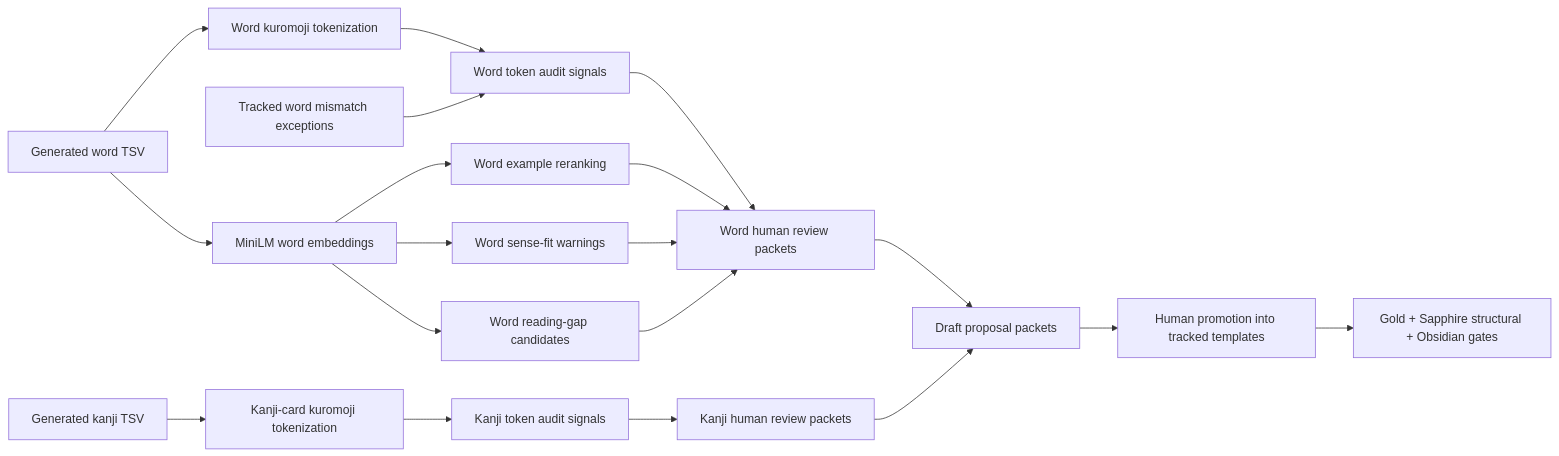
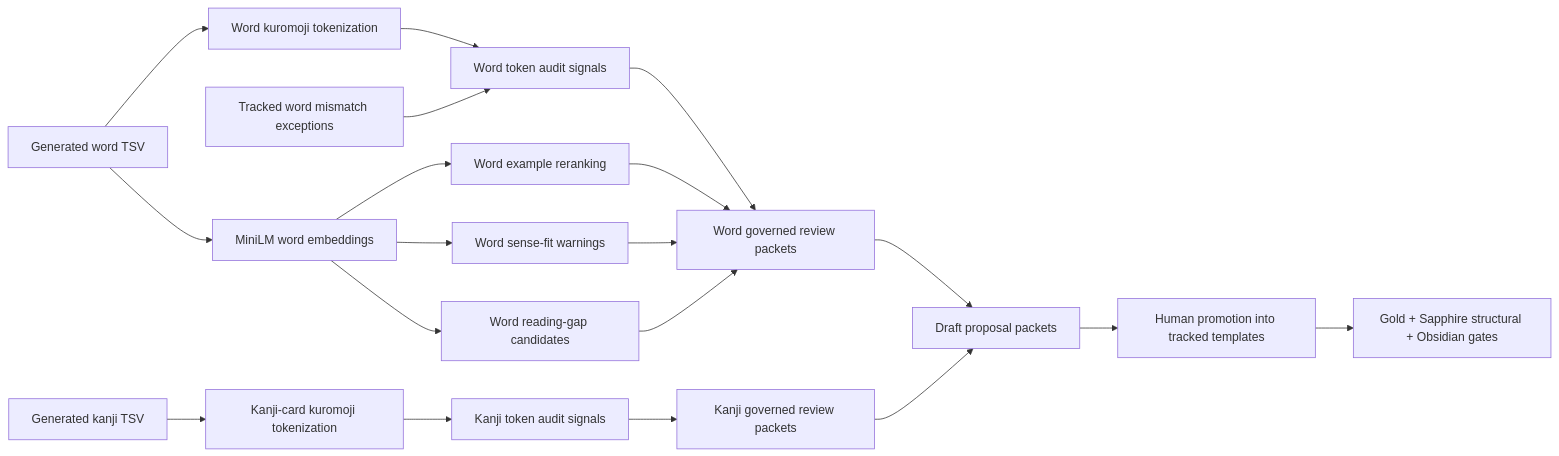
The second of 2 diagrams in README.md (JeremiahM18/japanese-kanji-anki-builder), drawn with Mermaid before and after one commit. The commit also changed other lines of this file and 25 other files, not shown here.

````diff
--- a/README.md
+++ b/README.md
@@ -357,21 +370,21 @@
 ```mermaid
 flowchart LR
     A["Generated word TSV"] --> B["Word kuromoji tokenization"]
     A --> C["MiniLM word embeddings"]
     B --> D["Word token audit signals"]
     P["Tracked word mismatch exceptions"] --> D
     C --> E["Word example reranking"]
     C --> F["Word sense-fit warnings"]
     C --> G["Word reading-gap candidates"]
-    D --> H["Word human review packets"]
+    D --> H["Word governed review packets"]
     E --> H
     F --> H
     G --> H
     K["Generated kanji TSV"] --> L["Kanji-card kuromoji tokenization"]
     L --> M["Kanji token audit signals"]
-    M --> N["Kanji human review packets"]
+    M --> N["Kanji governed review packets"]
     H --> I["Draft proposal packets"]
     N --> I
     I --> J["Human promotion into tracked templates"]
     J --> O["Gold + Sapphire structural + Obsidian gates"]
 ```
````
